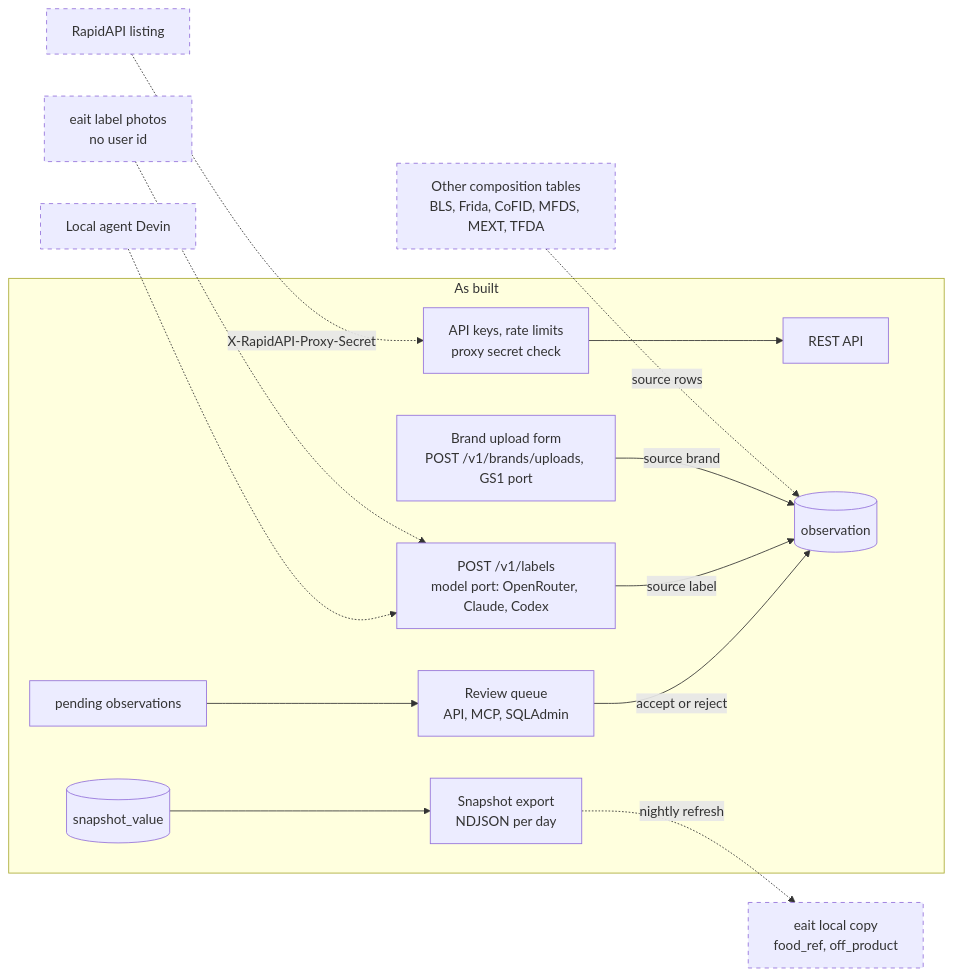
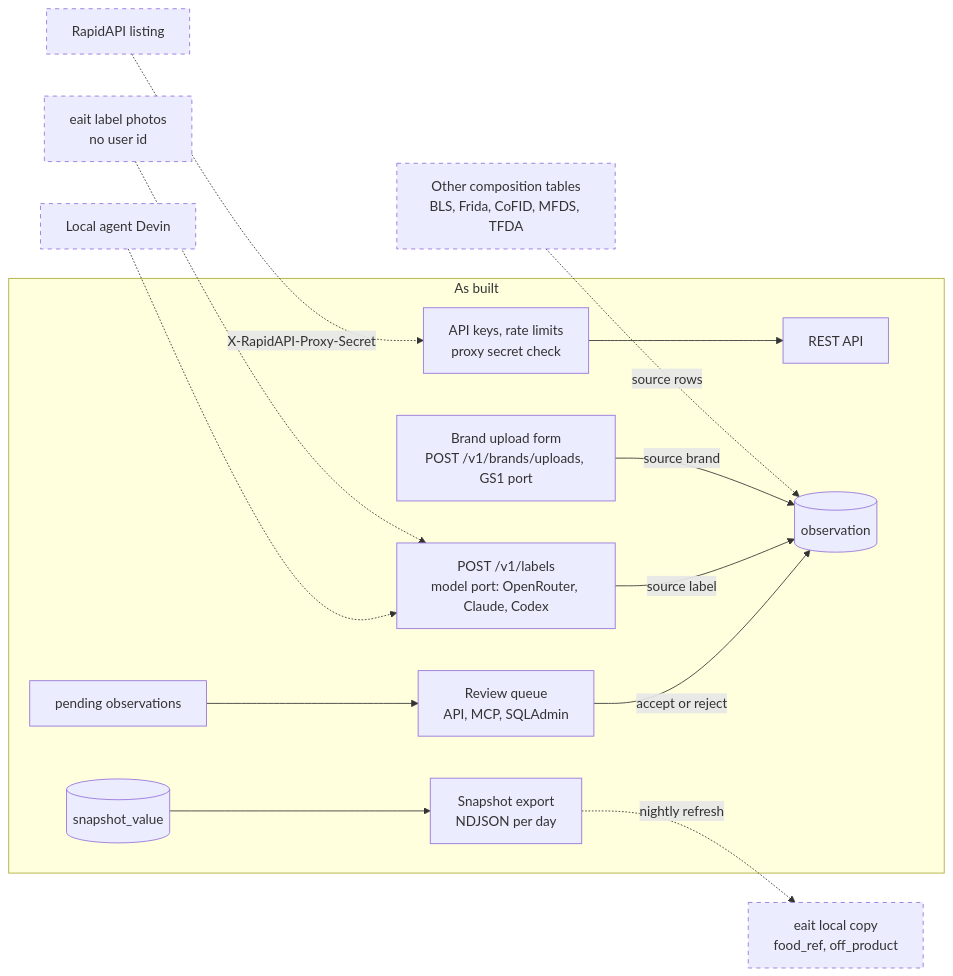
One commit to eait-fit/fooddb changed diagram 19 of 19 in docs/architecture.md. Above: the diagram before and after it, drawn with Mermaid. The commit also changed other lines of this file and 18 other files, not shown here.

First line of the commit message:
feat: Japan MEXT Standard Tables of Food Composition intake (#58)

````diff
--- a/docs/architecture.md
+++ b/docs/architecture.md
@@ -1413,32 +1426,32 @@
 ```mermaid
 flowchart LR
     subgraph built["As built"]
         api["REST API"]
         auth["API keys, rate limits<br/>proxy secret check"]
         obs[("observation")]
         pend["pending observations"]
         review["Review queue<br/>API, MCP, SQLAdmin"]
         snap[("snapshot_value")]
         exp["Snapshot export<br/>NDJSON per day"]
         labels["POST /v1/labels<br/>model port: OpenRouter, Claude, Codex"]
         brand["Brand upload form<br/>POST /v1/brands/uploads, GS1 port"]
     end
-    tables["Other composition tables<br/>BLS, Frida, CoFID, MFDS, MEXT, TFDA"]
+    tables["Other composition tables<br/>BLS, Frida, CoFID, MFDS, TFDA"]
     eaitp["eait label photos<br/>no user id"]
     devin["Local agent Devin"]
     listing["RapidAPI listing"]
     eaitc["eait local copy<br/>food_ref, off_product"]
     tables -.->|"source rows"| obs
     brand -->|"source brand"| obs
     eaitp -.-> labels
     devin -.-> labels
     labels -->|"source label"| obs
     pend --> review
     review -->|"accept or reject"| obs
     listing -.->|"X-RapidAPI-Proxy-Secret"| auth
     auth --> api
     snap --> exp
     exp -.->|"nightly refresh"| eaitc
     classDef planned stroke-dasharray: 5 5
     class tables,eaitp,devin,listing,eaitc planned
 ```
````
